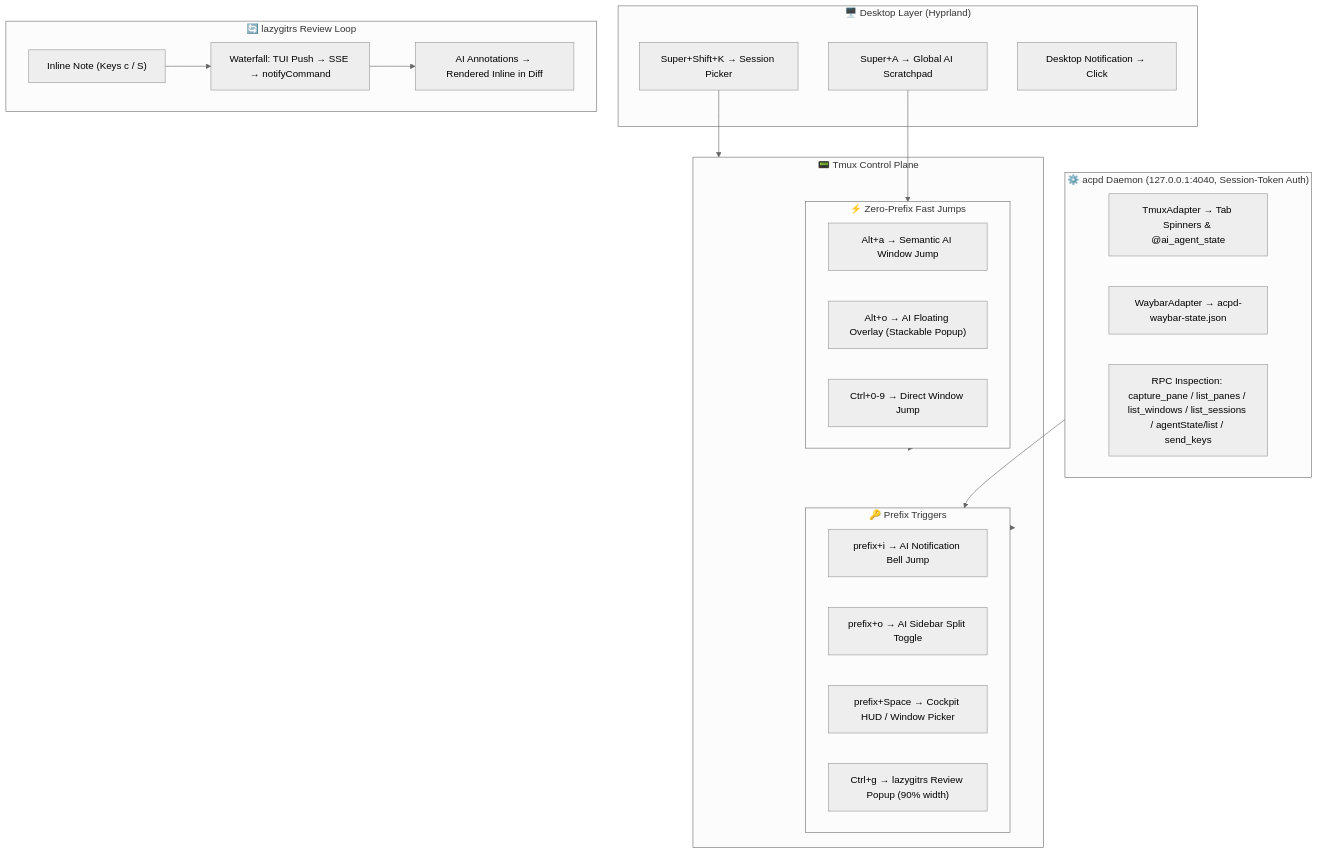
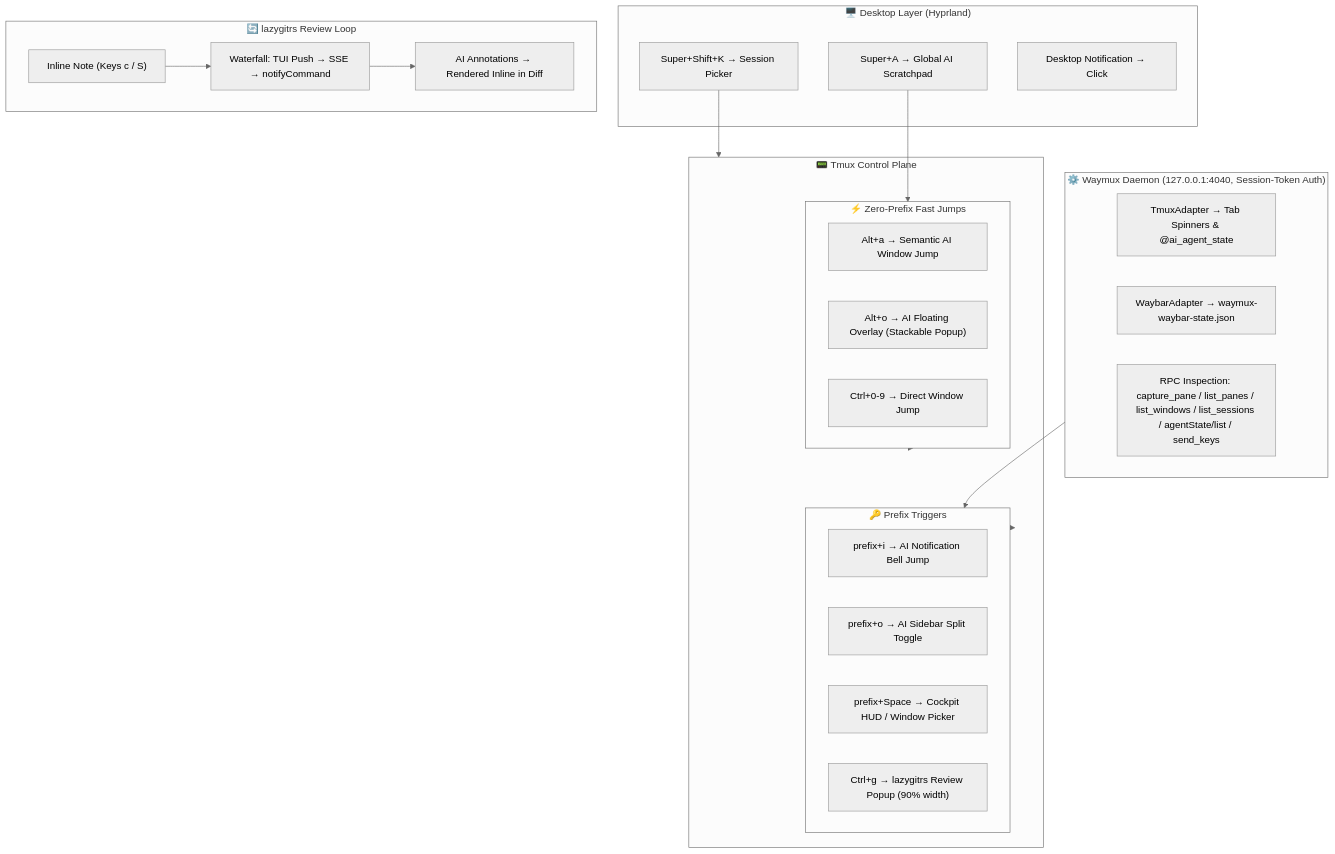
The diagram in docs/articles/tui-ai-workflows.md (felipecm-br/.dotfiles), drawn with Mermaid (neutral theme) before and after one commit. The commit also changed other lines of this file and 53 other files, not shown here.

First line of the commit message:
refactor(waymux): complete migration from legacy acpd across dotfiles

````diff
--- a/docs/articles/tui-ai-workflows.md
+++ b/docs/articles/tui-ai-workflows.md
@@ -282,41 +282,41 @@
 ```mermaid
 flowchart TB
     subgraph Desktop["🖥️ Desktop Layer (Hyprland)"]
         D1["Super+Shift+K → Session Picker"]
         D2["Super+A → Global AI Scratchpad"]
         D3["Desktop Notification → Click"]
     end
 
     subgraph Tmux["📟 Tmux Control Plane"]
         subgraph FastJump["⚡ Zero-Prefix Fast Jumps"]
             Q1["Alt+a → Semantic AI Window Jump"]
             Q2["Alt+o → AI Floating Overlay (Stackable Popup)"]
             Q3["Ctrl+0-9 → Direct Window Jump"]
         end
         subgraph Prefix["🔑 Prefix Triggers"]
             P1["prefix+i → AI Notification Bell Jump"]
             P2["prefix+o → AI Sidebar Split Toggle"]
             P3["prefix+Space → Cockpit HUD / Window Picker"]
             P4["Ctrl+g → lazygitrs Review Popup (90% width)"]
         end
     end
 
-    subgraph Daemon["⚙️ acpd Daemon (127.0.0.1:4040, Session-Token Auth)"]
+    subgraph Daemon["⚙️ Waymux Daemon (127.0.0.1:4040, Session-Token Auth)"]
         A1["TmuxAdapter → Tab Spinners & @ai_agent_state"]
-        A2["WaybarAdapter → acpd-waybar-state.json"]
+        A2["WaybarAdapter → waymux-waybar-state.json"]
         A3["RPC Inspection: capture_pane / list_panes / list_windows / list_sessions / agentState/list / send_keys"]
     end
 
     subgraph ReviewLoop["🔄 lazygitrs Review Loop"]
         R1["Inline Note (Keys c / S)"]
         R2["Waterfall: TUI Push → SSE → notifyCommand"]
         R3["AI Annotations → Rendered Inline in Diff"]
     end
 
     D1 --> Tmux
     D2 --> FastJump
     FastJump --> Tmux
     Prefix --> Tmux
     Daemon --> Prefix
     R1 --> R2 --> R3
 ```
````
